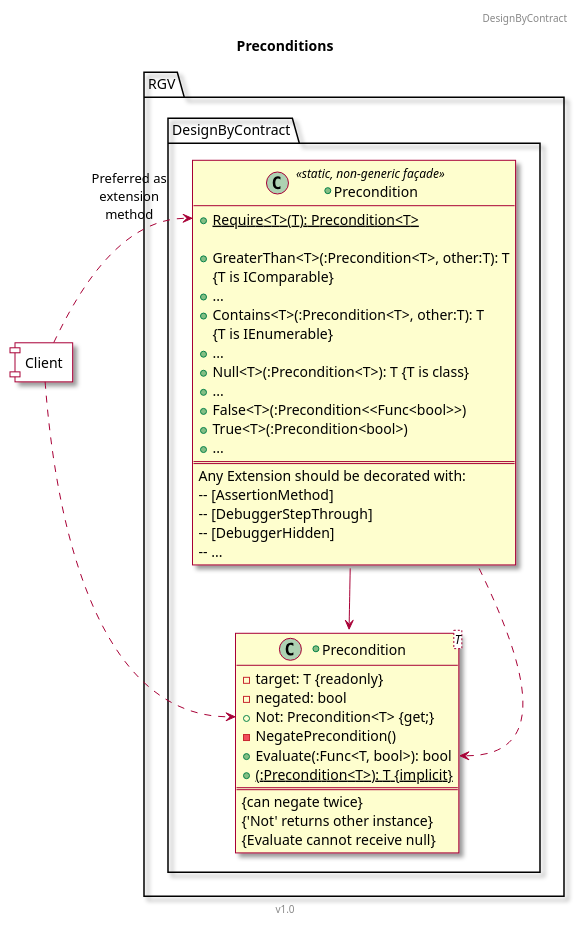
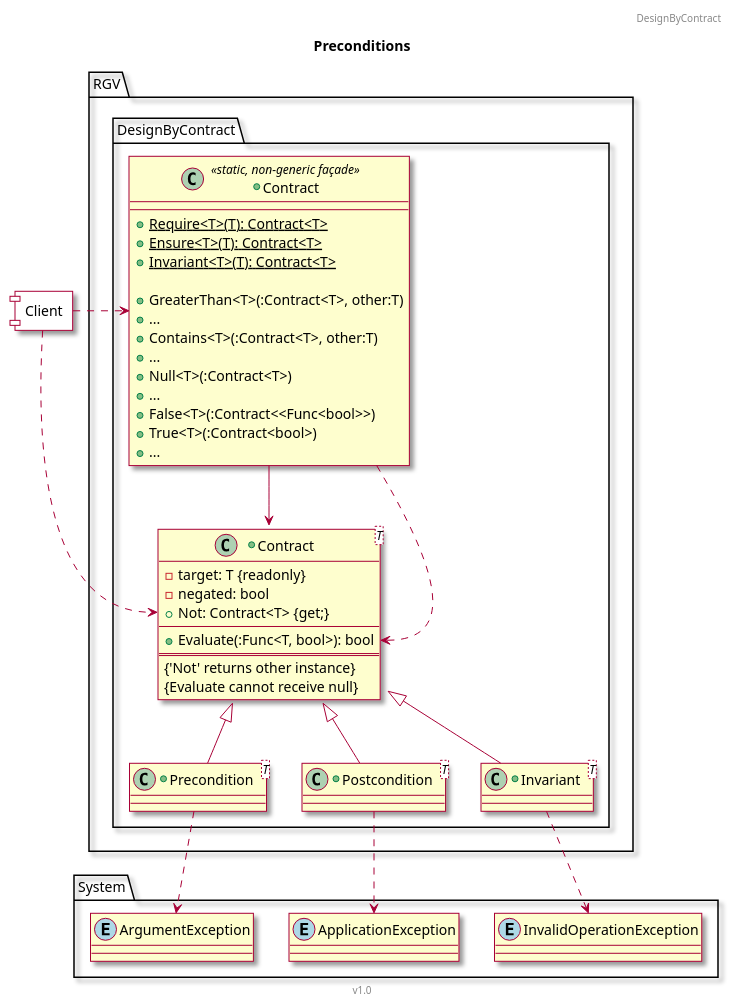
The diagram in Assets/RGV.DesignByContract/Documentation~/Class.puml (RicardoGuzmanVelasco/RGV), drawn with PlantUML before and after one commit. The commit also changed 2 other files, not shown here.

Commit message:
docs(designbycontract): update class diagram

```diff
--- a/Assets/RGV.DesignByContract/Documentation~/Class.puml
+++ b/Assets/RGV.DesignByContract/Documentation~/Class.puml
@@ -1,58 +1,72 @@
 @startuml
 '''''''''''''
 skin rose
 allowmixing
 skinparam componentstyle uml1
 '''''''''''''
 title Preconditions
 header DesignByContract
 footer v1.0
 
 component Client #white
 
 package RGV.DesignByContract{
-+class "Precondition" as Guard <<static, non-generic façade>>{
-    +{static}Require<T>(T): Precondition<T>
++class "Contract" as ContractFaçade <<static, non-generic façade>>{
+    +{static}Require<T>(T): Contract<T>
+    +{static}Ensure<T>(T): Contract<T>
+    +{static}Invariant<T>(T): Contract<T>
     
-    +GreaterThan<T>(:Precondition<T>, other:T): T
-        {T is IComparable}
+    +GreaterThan<T>(:Contract<T>, other:T)
     +{method}...
-    +Contains<T>(:Precondition<T>, other:T): T
-        {T is IEnumerable}
+    +Contains<T>(:Contract<T>, other:T)
     +{method}...
-    +Null<T>(:Precondition<T>): T {T is class}
+    +Null<T>(:Contract<T>)
     +{method}...
-    +False<T>(:Precondition<<Func<bool>>)
-    +True<T>(:Precondition<bool>)
+    +False<T>(:Contract<<Func<bool>>)
+    +True<T>(:Contract<bool>)
     +{method}...
-    ==
-    Any Extension should be decorated with:
-        -- [AssertionMethod]
-        -- [DebuggerStepThrough]
-        -- [DebuggerHidden]
-        -- ...
 }
 
 +class Precondition<T>{
+}
++class Postcondition<T>{
+}
++class Invariant<T>{
+}
+
+
++class Contract<T>{
     -target: T {readonly}
     -negated: bool
-    +Not: Precondition<T> {get;}
-    -NegatePrecondition()
+    +Not: Contract<T> {get;}
+    --
     +Evaluate(:Func<T, bool>): bool
-    +{static}(:Precondition<T>): T {implicit}
     ==
-    {can negate twice}
     {'Not' returns other instance}
     {Evaluate cannot receive null}
 }
 }
 '''''''''''''
 
-Guard --> Precondition
-Guard ..> Precondition::Evaluate
-Client .r.> Guard::Require : Preferred as\nextension\nmethod
-Client ..> Precondition::Not
+ContractFaçade --> Contract
+ContractFaçade ..> Contract::Evaluate
+Client .r.> ContractFaçade
+Client ..> Contract::Not
+
+Precondition -u-|> Contract
+Postcondition -u-|> Contract
+Invariant -u-|> Contract
+
+package System{
+ class ArgumentException <<(E, lightblue)>>
+ class InvalidOperationException <<(E, lightblue)>>
+ class ApplicationException <<(E, lightblue)>>
+}
+
+Precondition ..> ArgumentException
+Postcondition ..> ApplicationException
+Invariant ..> InvalidOperationException
 
 '''''''''''''
 
 @enduml
```
